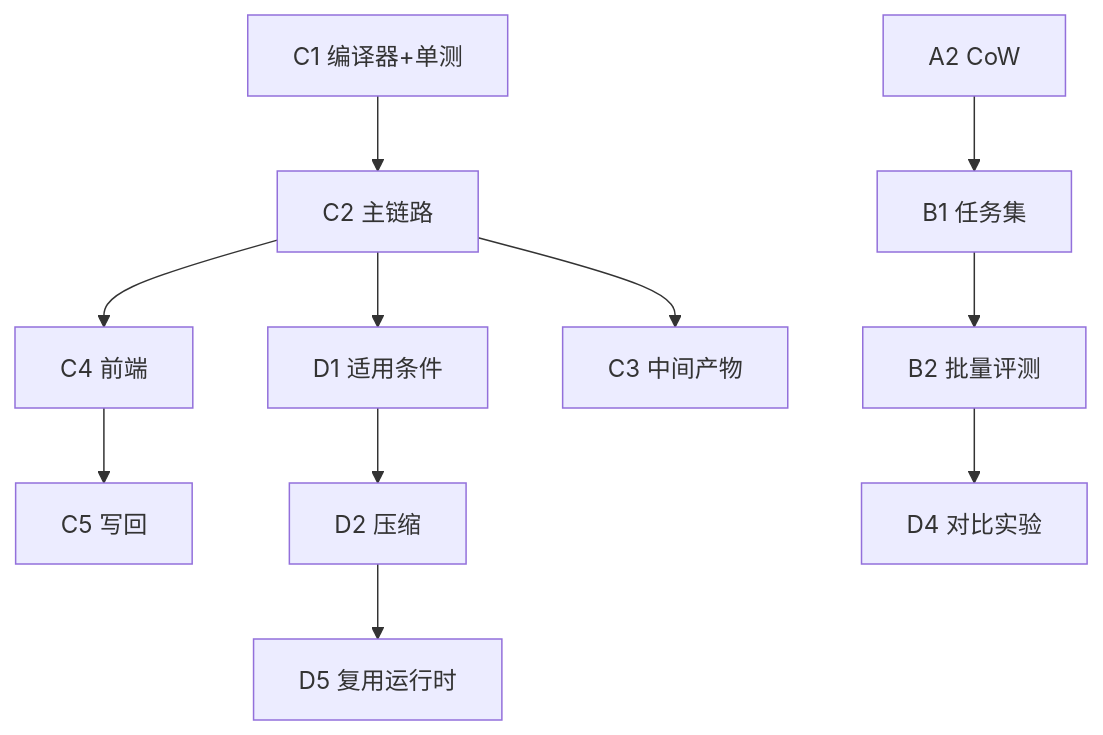
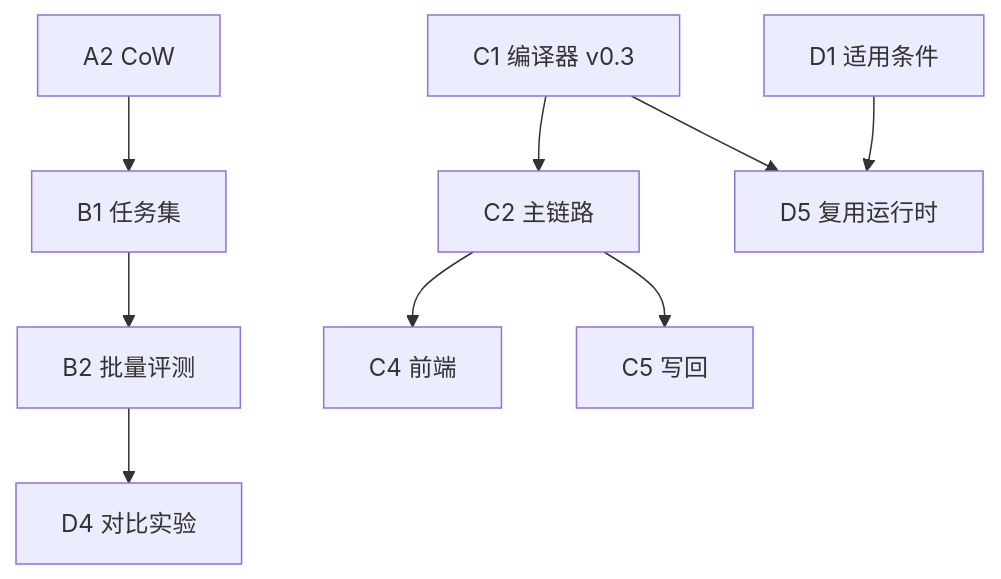
The diagram in docs/simulation-build-roadmap.md (PolarSnowLeopard/Micro-Agent), drawn with Mermaid before and after one commit. The commit also changed other lines of this file and 19 other files, not shown here.

````diff
--- a/docs/simulation-build-roadmap.md
+++ b/docs/simulation-build-roadmap.md
@@ -83,13 +86,11 @@
 ```mermaid
 flowchart TD
     A2[A2 CoW] --> B1[B1 任务集]
     B1 --> B2[B2 批量评测]
-    C1[C1 编译器+单测] --> C2[C2 主链路]
+    C1[C1 编译器 v0.3] --> C2[C2 主链路]
     C2 --> C4[C4 前端]
-    C2 --> C3[C3 中间产物]
-    C4 --> C5[C5 写回]
-    C2 --> D1[D1 适用条件]
-    D1 --> D2[D2 压缩]
-    D2 --> D5[D5 复用运行时]
+    C2 --> C5[C5 写回]
+    C1 --> D5[D5 复用运行时]
+    D1[D1 适用条件] --> D5
     B2 --> D4[D4 对比实验]
 ```
````
